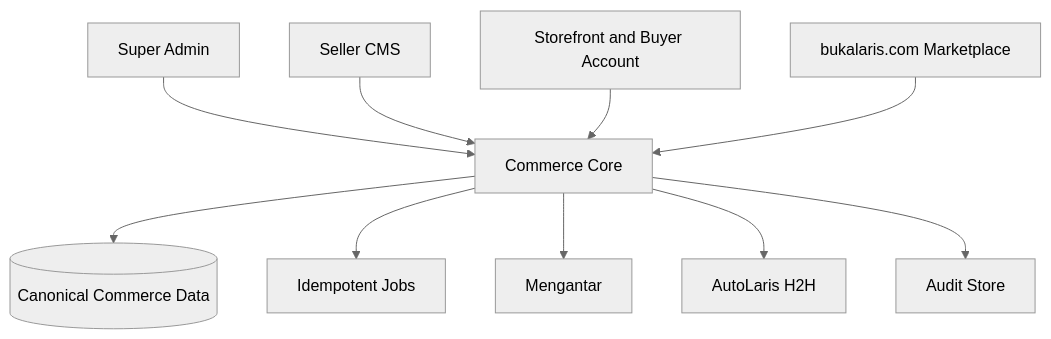
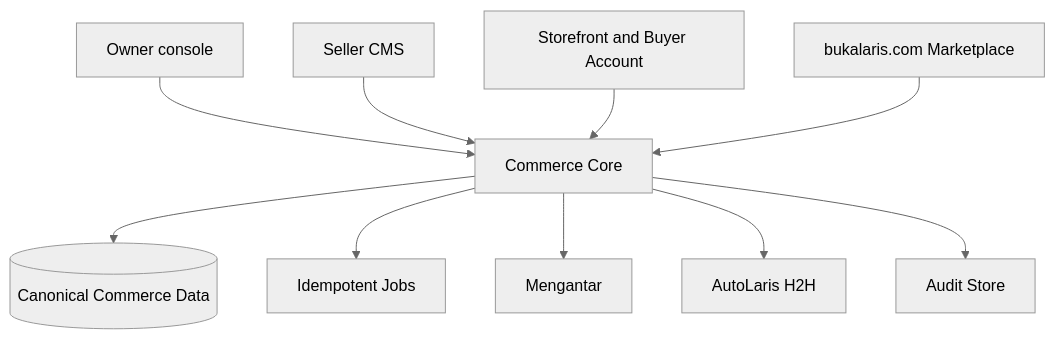
One commit to ongkipro/bukalaris changed the first of 3 diagrams in docs/04-SYSTEM-ARCHITECTURE.md. Above: the diagram before and after it, drawn with Mermaid (neutral theme). The commit also changed other lines of this file and 45 other files, not shown here.

````diff
--- a/docs/04-SYSTEM-ARCHITECTURE.md
+++ b/docs/04-SYSTEM-ARCHITECTURE.md
@@ -9,12 +21,12 @@
 ```mermaid
 flowchart TB
-  SA[Super Admin] --> Core[Commerce Core]
+  SA[Owner console] --> Core[Commerce Core]
   Seller[Seller CMS] --> Core
   Buyer[Storefront and Buyer Account] --> Core
   Core --> DB[(Canonical Commerce Data)]
   Core --> Queue[Idempotent Jobs]
   Core --> Mengantar[Mengantar]
   Core --> AutoLaris[AutoLaris H2H]
   Core --> Audit[Audit Store]
   Marketplace[bukalaris.com Marketplace] --> Core
 ```
````
